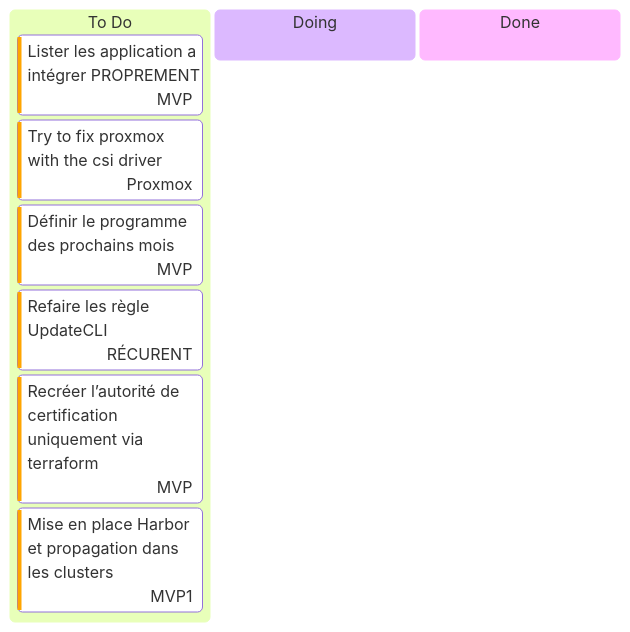
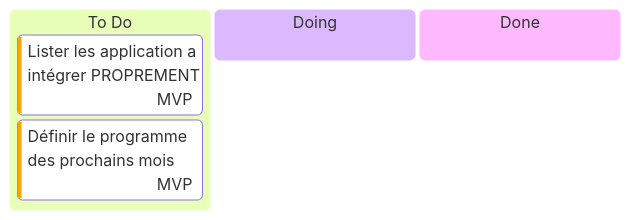
One commit to batleforc/weebo-si changed the diagram in 0.docs/0.introduction/kanban.md. Above: the diagram before and after it, drawn with Mermaid. The commit also changed other lines of this file and 1 other file, not shown here.

````diff
--- a/0.docs/0.introduction/kanban.md
+++ b/0.docs/0.introduction/kanban.md
@@ -3,18 +3,15 @@
 ```mermaid
 ---
 config:
   kanban:
     ticketBaseUrl: 'https://github.com/batleforc/weebo-si/issue/#TICKET#'
 ---
 
 kanban
   todo[To Do]
     us201[Lister les application a intégrer PROPREMENT]@{ assigned: MVP, priority: 'High'}
-    us202[Try to fix proxmox with the csi driver]@{ assigned: Proxmox, priority: 'High'}
-    us203[Définir le programme des prochains mois]@{ assigned: MVP, priority: 'High'}
-    us204[Refaire les règle UpdateCLI]@{ assigned: RÉCURENT, priority: 'High'}
-    us205[Recréer l’autorité de certification uniquement via terraform]@{ assigned: MVP, priority: 'High'}
-    us206[Mise en place Harbor et propagation dans les clusters]@{ assigned: MVP1, priority: 'High'}
+    us202[Définir le programme des prochains mois]@{ assigned: MVP, priority: 'High'}
+
   doing[Doing]
   done[Done]
 ```
````
